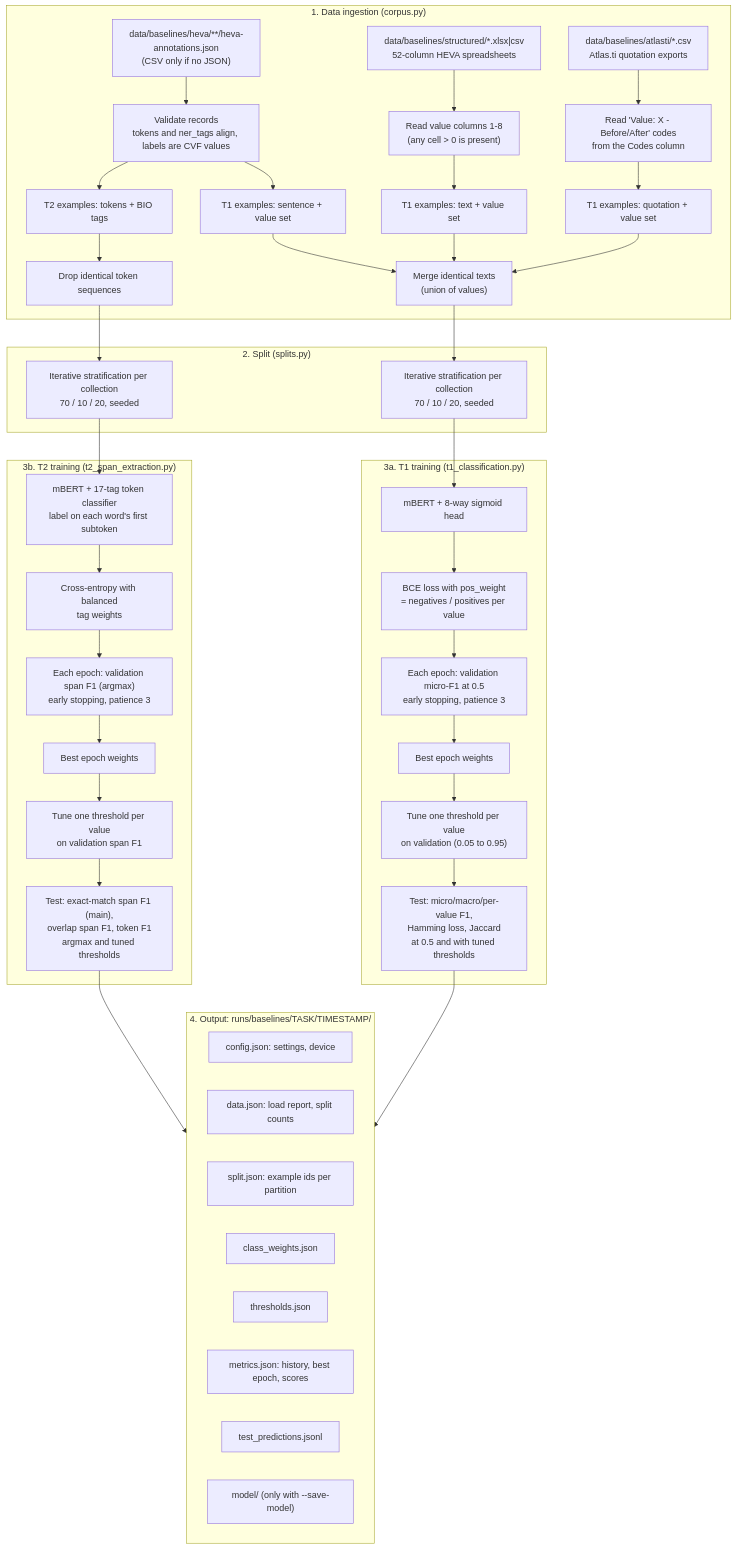
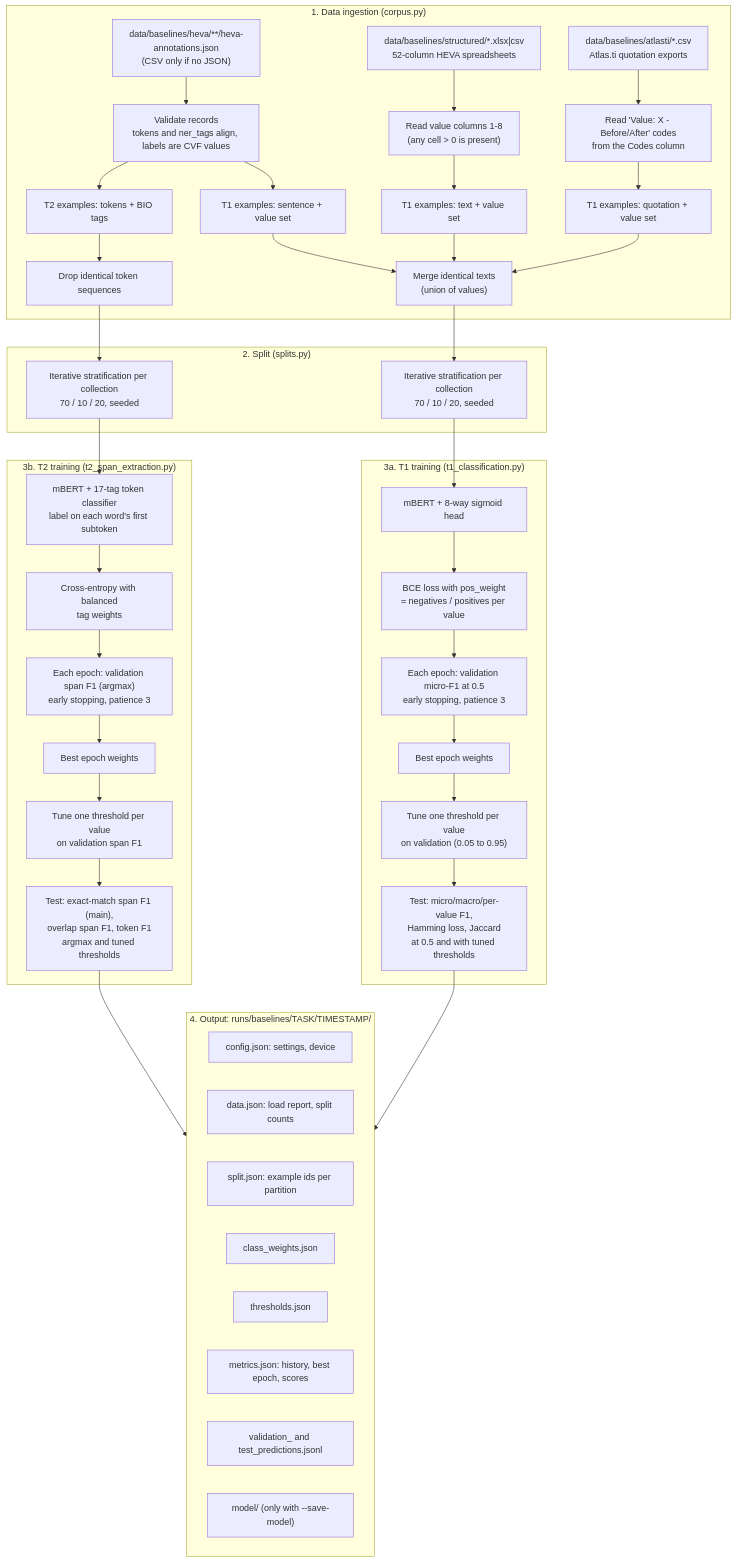
One commit to zzbn12345/HEVA_toolkit changed the diagram in src/heva/baselines/README.md. Above: the diagram before and after it, drawn with Mermaid. The commit also changed other lines of this file and 3 other files, not shown here.

First line of the commit message:
feat: save validation predictions and untuned validation scores

````diff
--- a/src/heva/baselines/README.md
+++ b/src/heva/baselines/README.md
@@ -47,56 +47,56 @@
 ```mermaid
 flowchart TD
     subgraph INGEST["1. Data ingestion (corpus.py)"]
         H["data/baselines/heva/**/heva-annotations.json<br/>(CSV only if no JSON)"]
         S["data/baselines/structured/*.xlsx|csv<br/>52-column HEVA spreadsheets"]
         A["data/baselines/atlasti/*.csv<br/>Atlas.ti quotation exports"]
         S --> SV["Read value columns 1-8<br/>(any cell > 0 is present)"]
         SV --> T1S["T1 examples: text + value set"]
         T1S --> D1
         H --> HV["Validate records<br/>tokens and ner_tags align, labels are CVF values"]
         A --> AV["Read 'Value: X - Before/After' codes<br/>from the Codes column"]
         HV --> T1H["T1 examples: sentence + value set"]
         HV --> T2H["T2 examples: tokens + BIO tags"]
         AV --> T1A["T1 examples: quotation + value set"]
         T1H --> D1["Merge identical texts<br/>(union of values)"]
         T1A --> D1
         T2H --> D2["Drop identical token sequences"]
     end
 
     subgraph SPLIT["2. Split (splits.py)"]
         D1 --> S1["Iterative stratification per collection<br/>70 / 10 / 20, seeded"]
         D2 --> S2["Iterative stratification per collection<br/>70 / 10 / 20, seeded"]
     end
 
     subgraph T1["3a. T1 training (t1_classification.py)"]
         S1 --> M1["mBERT + 8-way sigmoid head"]
         M1 --> L1["BCE loss with pos_weight<br/>= negatives / positives per value"]
         L1 --> E1["Each epoch: validation micro-F1 at 0.5<br/>early stopping, patience 3"]
         E1 --> B1["Best epoch weights"]
         B1 --> TH1["Tune one threshold per value<br/>on validation (0.05 to 0.95)"]
         TH1 --> EV1["Test: micro/macro/per-value F1,<br/>Hamming loss, Jaccard<br/>at 0.5 and with tuned thresholds"]
     end
 
     subgraph T2["3b. T2 training (t2_span_extraction.py)"]
         S2 --> M2["mBERT + 17-tag token classifier<br/>label on each word's first subtoken"]
         M2 --> L2["Cross-entropy with balanced<br/>tag weights"]
         L2 --> E2["Each epoch: validation span F1 (argmax)<br/>early stopping, patience 3"]
         E2 --> B2["Best epoch weights"]
         B2 --> TH2["Tune one threshold per value<br/>on validation span F1"]
         TH2 --> EV2["Test: exact-match span F1 (main),<br/>overlap span F1, token F1<br/>argmax and tuned thresholds"]
     end
 
     subgraph OUT["4. Output: runs/baselines/TASK/TIMESTAMP/"]
         O1["config.json: settings, device"]
         O2["data.json: load report, split counts"]
         O3["split.json: example ids per partition"]
         O4["class_weights.json"]
         O5["thresholds.json"]
         O6["metrics.json: history, best epoch, scores"]
-        O7["test_predictions.jsonl"]
+        O7["validation_ and test_predictions.jsonl"]
         O8["model/ (only with --save-model)"]
     end
 
     EV1 --> OUT
     EV2 --> OUT
 ```
````
